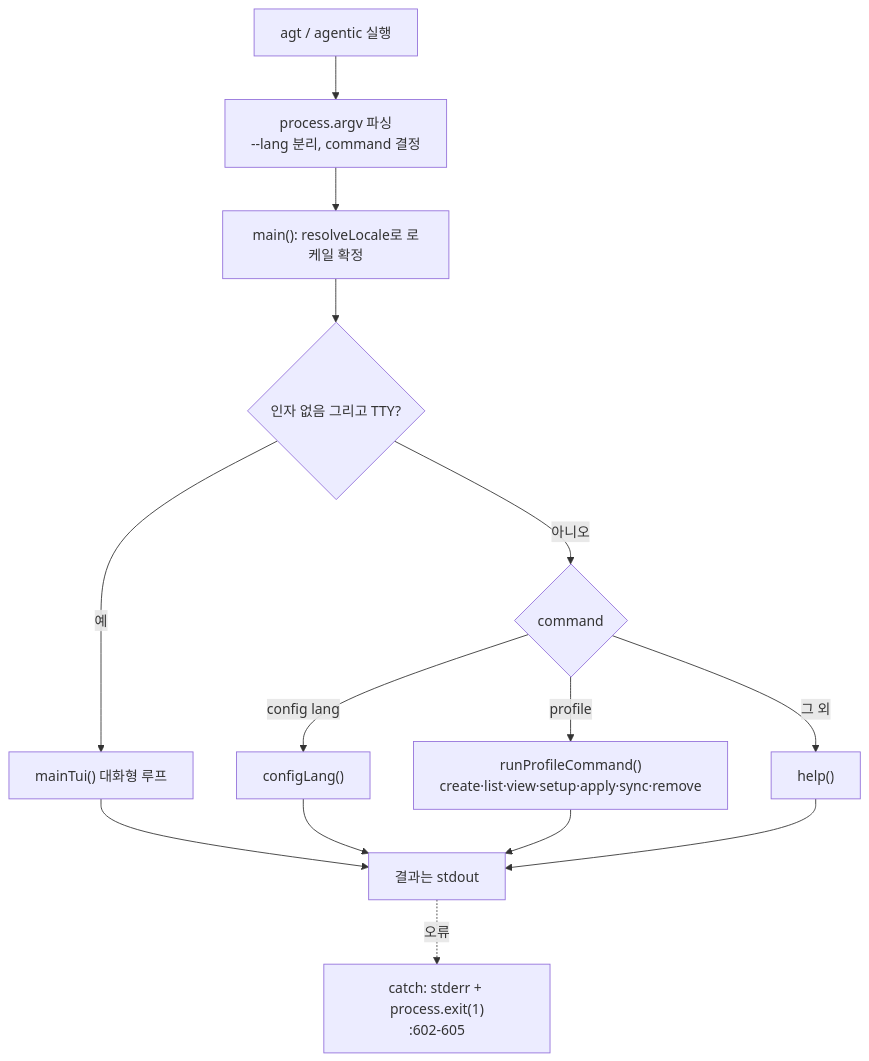
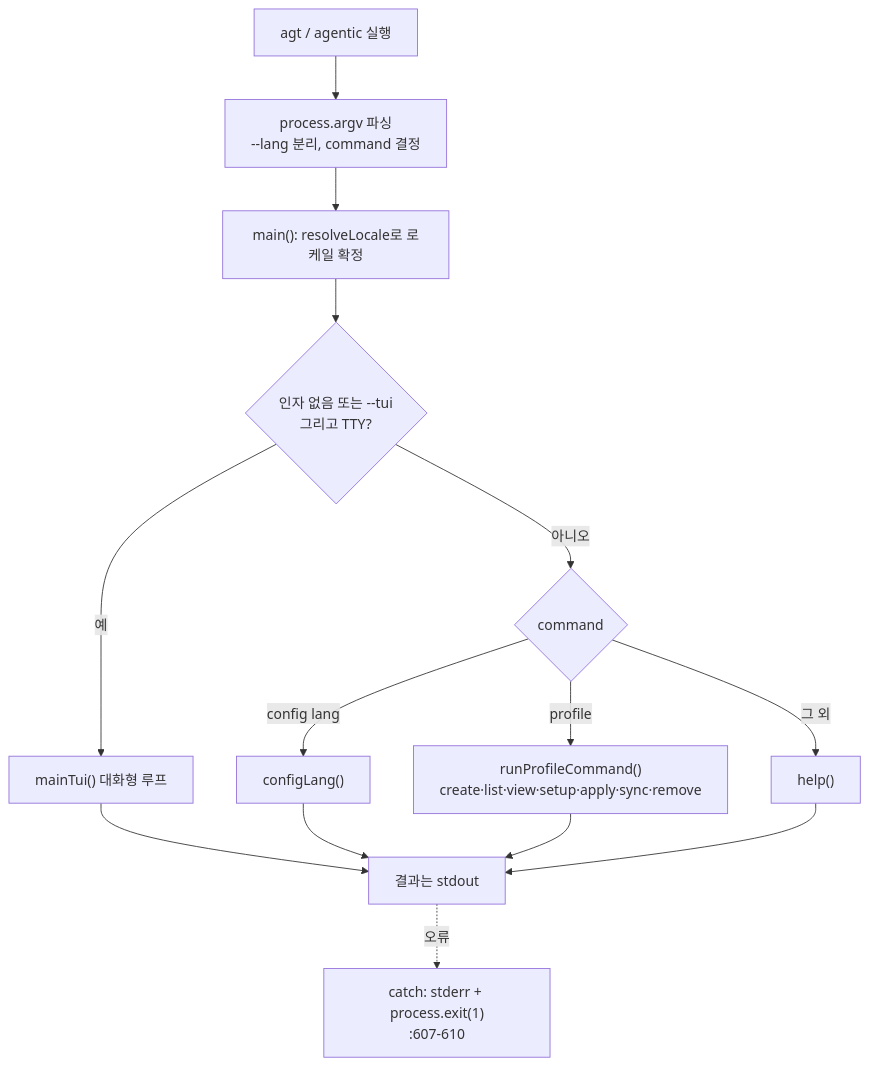
The second of 7 diagrams in docs/architecture/implementation-mechanics.md (IsthisLee/agent-context-manager), drawn with Mermaid before and after one commit. The commit also changed other lines of this file and 30 other files, not shown here.

````diff
--- a/docs/architecture/implementation-mechanics.md
+++ b/docs/architecture/implementation-mechanics.md
@@ -63,16 +64,16 @@
 ```mermaid
 flowchart TD
   A["agt / agentic 실행"] --> B["process.argv 파싱<br/>--lang 분리, command 결정"]
   B --> C["main(): resolveLocale로 로케일 확정"]
-  C --> D{"인자 없음 그리고 TTY?"}
+  C --> D{"인자 없음 또는 --tui<br/>그리고 TTY?"}
   D -->|"예"| TUI["mainTui() 대화형 루프"]
   D -->|"아니오"| E{"command"}
   E -->|"config lang"| LANG["configLang()"]
   E -->|"profile"| PROF["runProfileCommand()<br/>create·list·view·setup·apply·sync·remove"]
   E -->|"그 외"| HELP["help()"]
   TUI --> Z["결과는 stdout"]
   LANG --> Z
   PROF --> Z
   HELP --> Z
-  Z -.->|"오류"| ERR["catch: stderr + process.exit(1)<br/>:602-605"]
+  Z -.->|"오류"| ERR["catch: stderr + process.exit(1)<br/>:607-610"]
 ```
````
